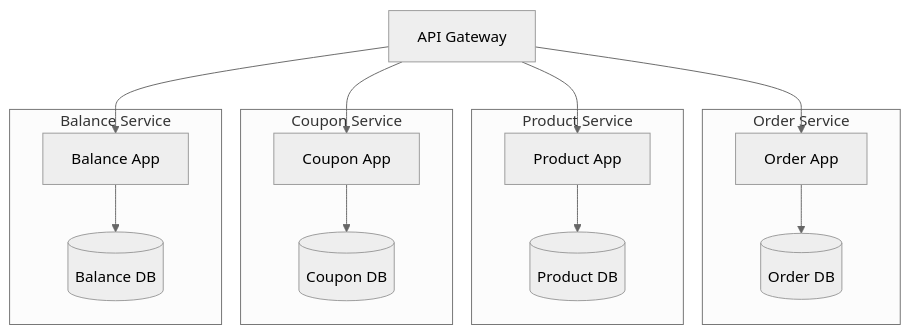
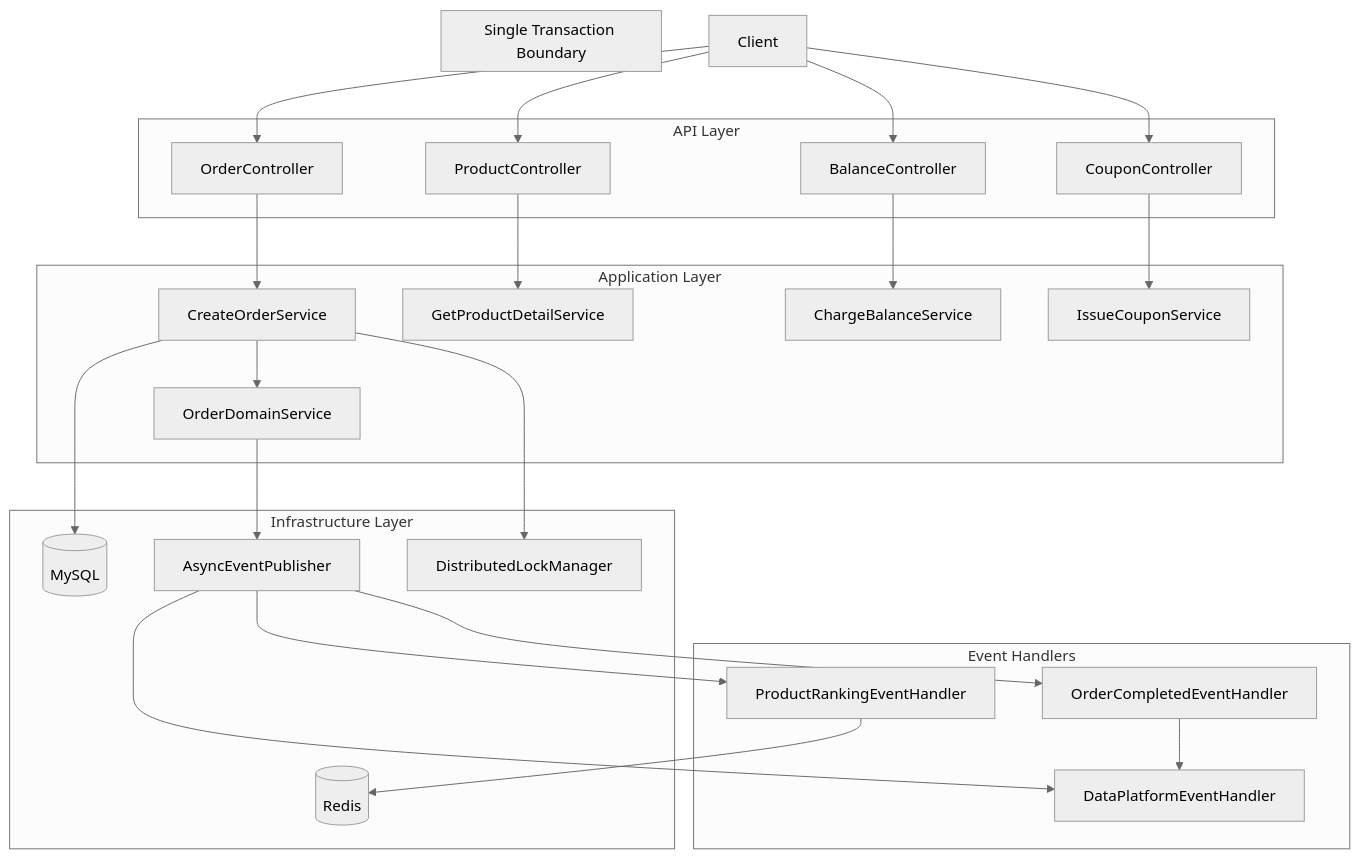
The first of 8 diagrams in docs/DISTRIBUTED_TRANSACTION_DESIGN.md (yuni02/hhplus-ecommerce), drawn with Mermaid (neutral theme) before and after one commit. The commit also changed other lines of this file, not shown here.

````diff
--- a/docs/DISTRIBUTED_TRANSACTION_DESIGN.md
+++ b/docs/DISTRIBUTED_TRANSACTION_DESIGN.md
@@ -26,33 +10,60 @@
 ```mermaid
 graph TB
-    API[API Gateway]
+    CLIENT[Client]
     
-    subgraph "Order Service"
-        ORDER_APP[Order App]
-        ORDER_DB[(Order DB)]
-        ORDER_APP --> ORDER_DB
+    subgraph "API Layer"
+        ORDER_CTRL[OrderController]
+        PRODUCT_CTRL[ProductController]
+        BALANCE_CTRL[BalanceController]
+        COUPON_CTRL[CouponController]
     end
     
-    subgraph "Product Service"
-        PRODUCT_APP[Product App]
-        PRODUCT_DB[(Product DB)]
-        PRODUCT_APP --> PRODUCT_DB
+    subgraph "Application Layer"
+        ORDER_SVC[CreateOrderService]
+        PRODUCT_SVC[GetProductDetailService]
+        BALANCE_SVC[ChargeBalanceService]
+        COUPON_SVC[IssueCouponService]
+        ORDER_DOMAIN[OrderDomainService]
     end
     
-    subgraph "Coupon Service"
-        COUPON_APP[Coupon App]
-        COUPON_DB[(Coupon DB)]
-        COUPON_APP --> COUPON_DB
+    subgraph "Infrastructure Layer"
+        REDIS[(Redis)]
+        MYSQL[(MySQL)]
+        EVENT_PUB[AsyncEventPublisher]
+        LOCK_MGR[DistributedLockManager]
     end
     
-    subgraph "Balance Service"
-        BALANCE_APP[Balance App]
-        BALANCE_DB[(Balance DB)]
-        BALANCE_APP --> BALANCE_DB
+    subgraph "Event Handlers"
+        ORDER_HANDLER[OrderCompletedEventHandler]
+        PRODUCT_HANDLER[ProductRankingEventHandler]
+        DATA_PLATFORM[DataPlatformEventHandler]
     end
     
-    API --> ORDER_APP
-    API --> PRODUCT_APP
-    API --> COUPON_APP
-    API --> BALANCE_APP
+    CLIENT --> ORDER_CTRL
+    CLIENT --> PRODUCT_CTRL
+    CLIENT --> BALANCE_CTRL
+    CLIENT --> COUPON_CTRL
+    
+    ORDER_CTRL --> ORDER_SVC
+    PRODUCT_CTRL --> PRODUCT_SVC
+    BALANCE_CTRL --> BALANCE_SVC
+    COUPON_CTRL --> COUPON_SVC
+    
+    ORDER_SVC --> ORDER_DOMAIN
+    ORDER_SVC --> MYSQL
+    ORDER_SVC --> LOCK_MGR
+    
+    ORDER_DOMAIN --> EVENT_PUB
+    EVENT_PUB --> ORDER_HANDLER
+    EVENT_PUB --> PRODUCT_HANDLER
+    EVENT_PUB --> DATA_PLATFORM
+    
+    ORDER_HANDLER --> DATA_PLATFORM
+    PRODUCT_HANDLER --> REDIS
+    
+    subgraph "Single Transaction Boundary"
+        ORDER_SVC
+        MYSQL
+        LOCK_MGR
+    end
 ```
````
